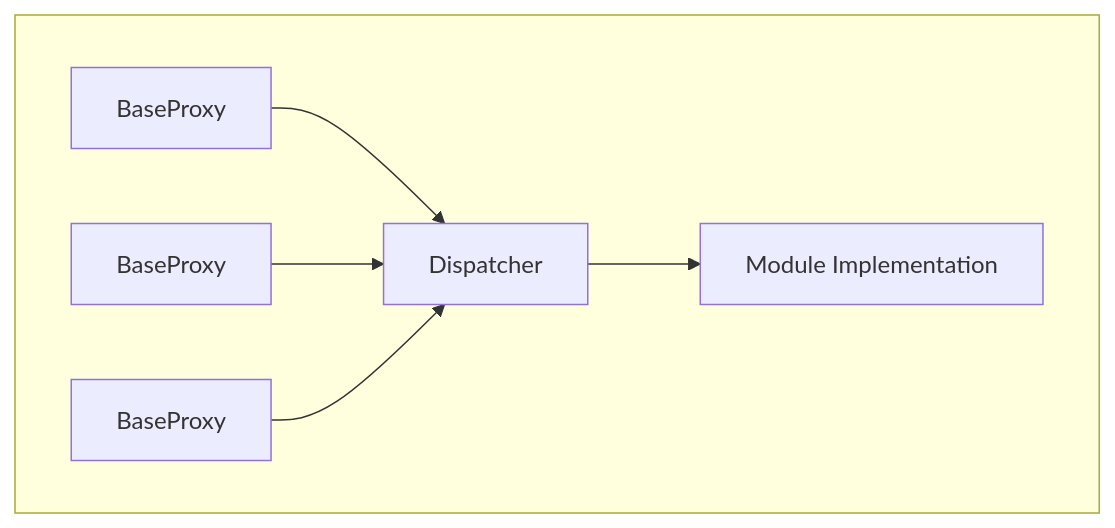
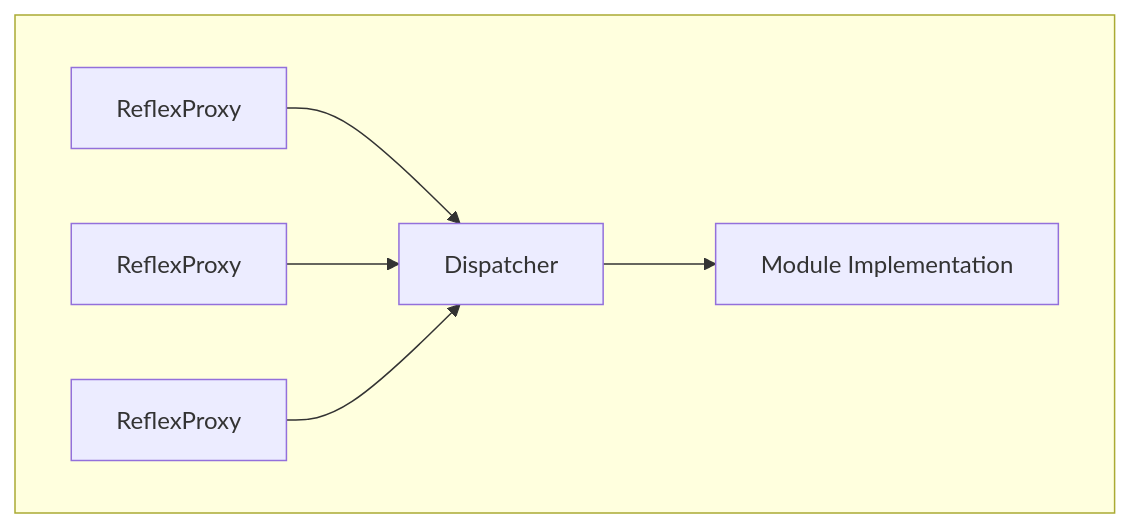
The second of 5 diagrams in docs/IMPLEMENTERS.md (chromaxyz/reflex), drawn with Mermaid before and after one commit. The commit also changed other lines of this file and 38 other files, not shown here.

````diff
--- a/docs/IMPLEMENTERS.md
+++ b/docs/IMPLEMENTERS.md
@@ -49,9 +49,9 @@
 ```mermaid
 graph TD
   subgraph MultiProxy [ ]
-  Proxy1["BaseProxy"] --> Dispatcher
-  Proxy2["BaseProxy"] --> Dispatcher
-  Proxy3["BaseProxy"] --> Dispatcher
+  Proxy1["ReflexProxy"] --> Dispatcher
+  Proxy2["ReflexProxy"] --> Dispatcher
+  Proxy3["ReflexProxy"] --> Dispatcher
   Dispatcher --> Module["Module Implementation"]
   end
 ```
````
